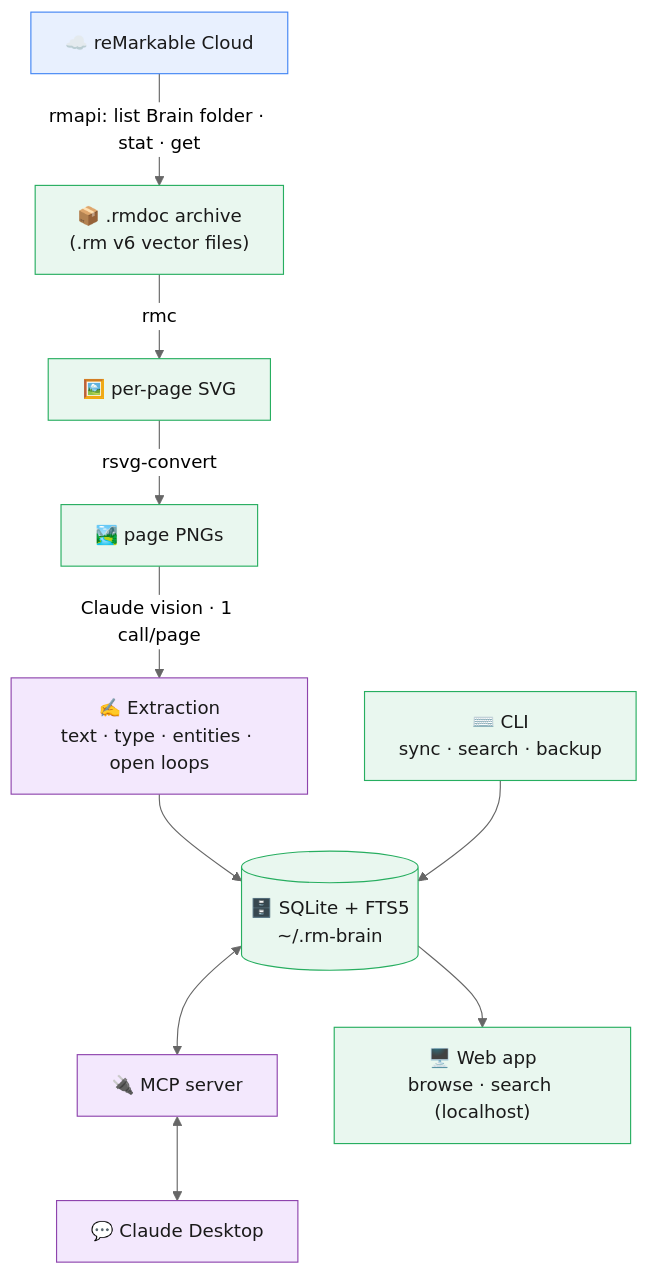
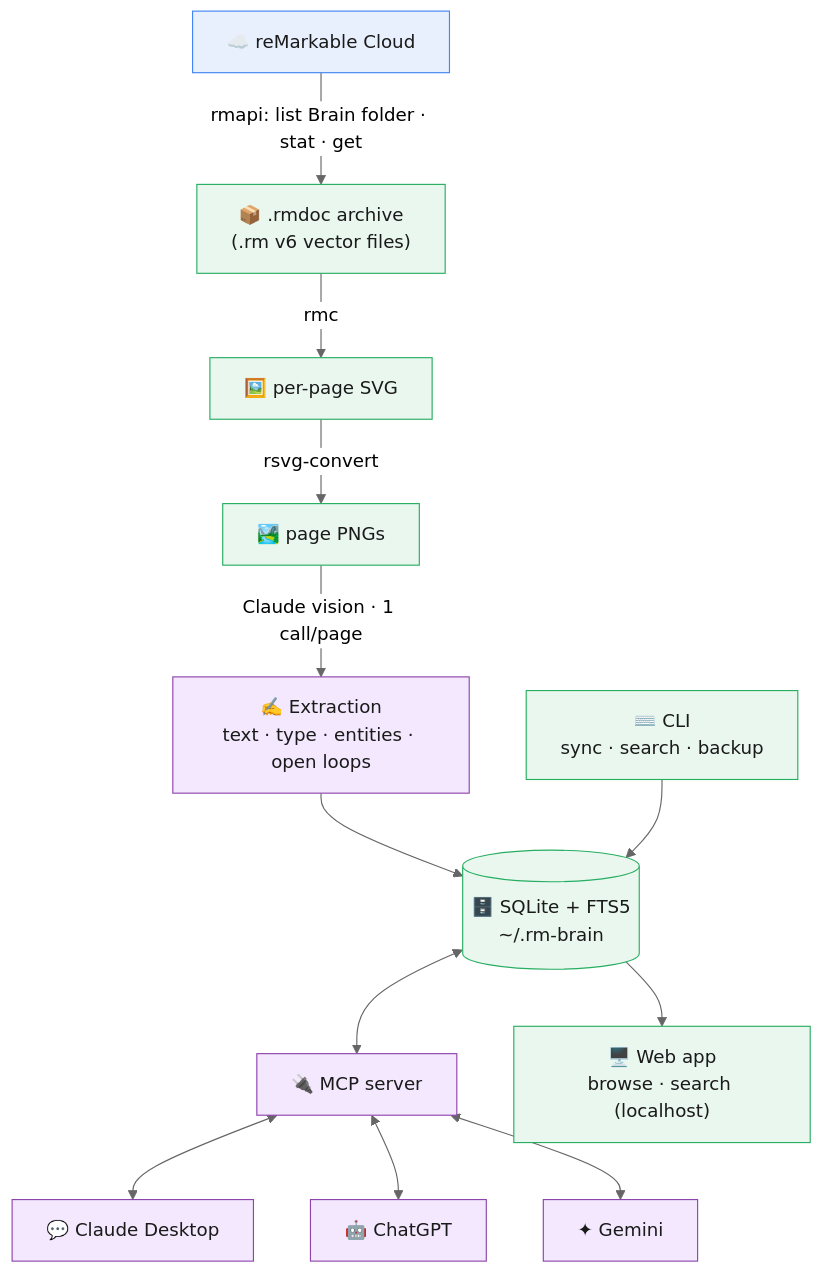
Before and after one commit to gabrielanhaia/remarkable-brain: the diagram in README.md, drawn with Mermaid (neutral theme). The commit also changed other lines of this file and 1 other file, not shown here.

Commit message:
docs: show ChatGPT + Gemini as MCP clients (MCP is an open standard)
The MCP server isn't Claude-only. Add ChatGPT and Gemini to the architecture diagram
and note that any MCP-capable client can use it (Claude Desktop stays the best-tested
target).

````diff
--- a/README.md
+++ b/README.md
@@ -55,19 +55,21 @@
 ```mermaid
 flowchart TD
     A["☁️ reMarkable Cloud"] -->|"rmapi: list Brain folder · stat · get"| B["📦 .rmdoc archive<br/>(.rm v6 vector files)"]
     B -->|rmc| C["🖼️ per-page SVG"]
     C -->|rsvg-convert| D["🏞️ page PNGs"]
     D -->|"Claude vision · 1 call/page"| E["✍️ Extraction<br/>text · type · entities · open loops"]
     E --> F[("🗄️ SQLite + FTS5<br/>~/.rm-brain")]
     CLI["⌨️ CLI<br/>sync · search · backup"] --> F
     F <--> G["🔌 MCP server"]
     G <--> H["💬 Claude Desktop"]
+    G <--> H2["🤖 ChatGPT"]
+    G <--> H3["✦ Gemini"]
     F --> W["🖥️ Web app<br/>browse · search (localhost)"]
 
     classDef cloud fill:#e8f0fe,stroke:#4285f4,color:#1a1a1a;
     classDef local fill:#e9f7ef,stroke:#27ae60,color:#1a1a1a;
     classDef ai fill:#f3e8fd,stroke:#8e44ad,color:#1a1a1a;
     class A cloud;
     class B,C,D,F,CLI,W local;
-    class E,G,H ai;
+    class E,G,H,H2,H3 ai;
 ```
````
